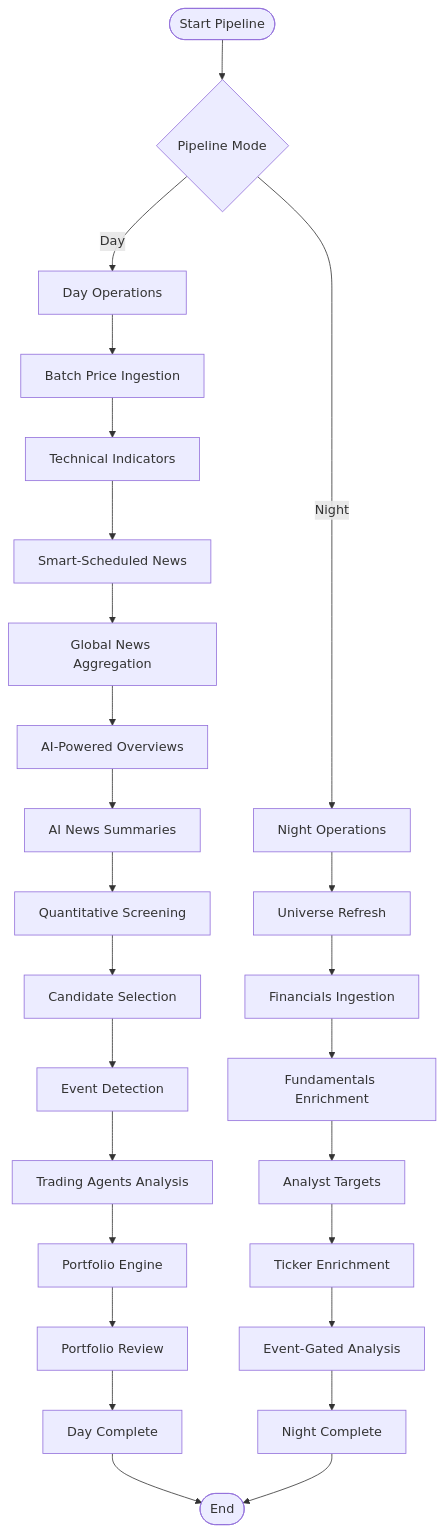
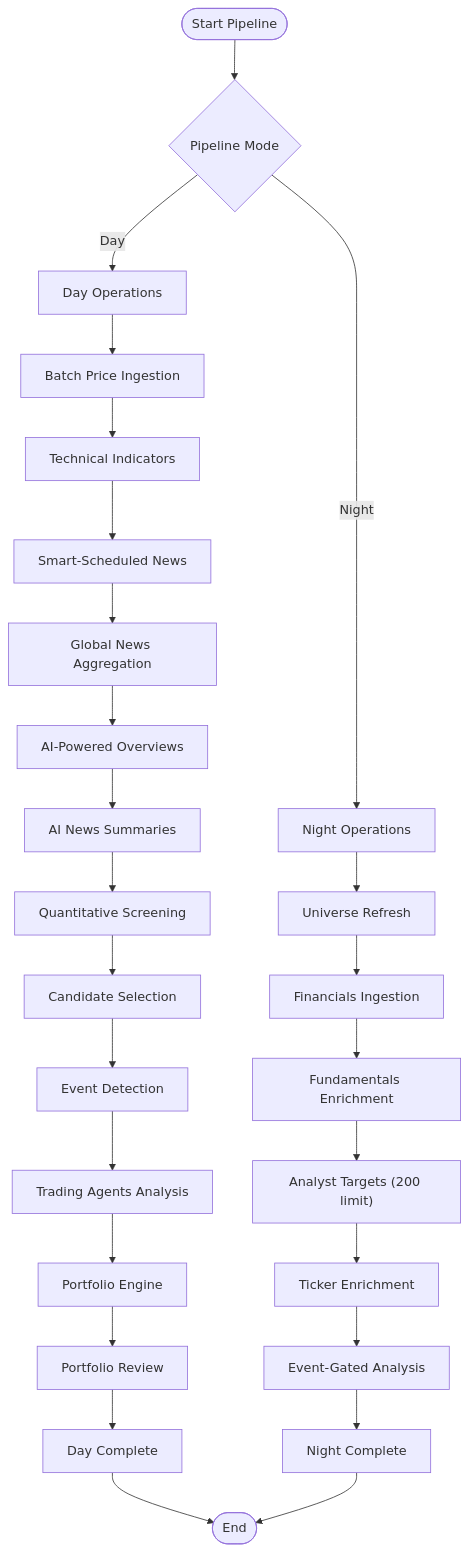
Diagram 12 of 21 in .qoder/repowiki/en/content/Core Components/Data Engineering Module/Data Engineering Module.md (ZengSeng/telegram-bot), drawn with Mermaid before and after one commit. The commit also changed other lines of this file and 15 other files, not shown here.

````diff
--- a/.qoder/repowiki/en/content/Core Components/Data Engineering Module/Data Engineering Module.md
+++ b/.qoder/repowiki/en/content/Core Components/Data Engineering Module/Data Engineering Module.md
@@ -773,28 +811,28 @@
 ```mermaid
 flowchart TD
 Start(["Start Pipeline"]) --> CheckMode{"Pipeline Mode"}
 CheckMode --> |Day| DayOps["Day Operations"]
 CheckMode --> |Night| NightOps["Night Operations"]
 DayOps --> Prices["Batch Price Ingestion"]
 Prices --> Technicals["Technical Indicators"]
 Technicals --> News["Smart-Scheduled News"]
 News --> GlobalNews["Global News Aggregation"]
 GlobalNews --> AIOverviews["AI-Powered Overviews"]
 AIOverviews --> Summaries["AI News Summaries"]
 Summaries --> Screening["Quantitative Screening"]
 Screening --> Candidates["Candidate Selection"]
 Candidates --> Events["Event Detection"]
 Events --> TradingAgents["Trading Agents Analysis"]
 TradingAgents --> PortfolioEngine["Portfolio Engine"]
 PortfolioEngine --> PortfolioReview["Portfolio Review"]
 PortfolioReview --> DayComplete["Day Complete"]
 NightOps --> UniverseRefresh["Universe Refresh"]
 UniverseRefresh --> Financials["Financials Ingestion"]
 Financials --> Fundamentals["Fundamentals Enrichment"]
-Fundamentals --> AnalystTargets["Analyst Targets"]
+Fundamentals --> AnalystTargets["Analyst Targets (200 limit)"]
 AnalystTargets --> TickerEnriched["Ticker Enrichment"]
 TickerEnriched --> NightAnalysis["Event-Gated Analysis"]
 NightAnalysis --> NightComplete["Night Complete"]
 DayComplete --> End(["End"])
 NightComplete --> End
 ```
````
